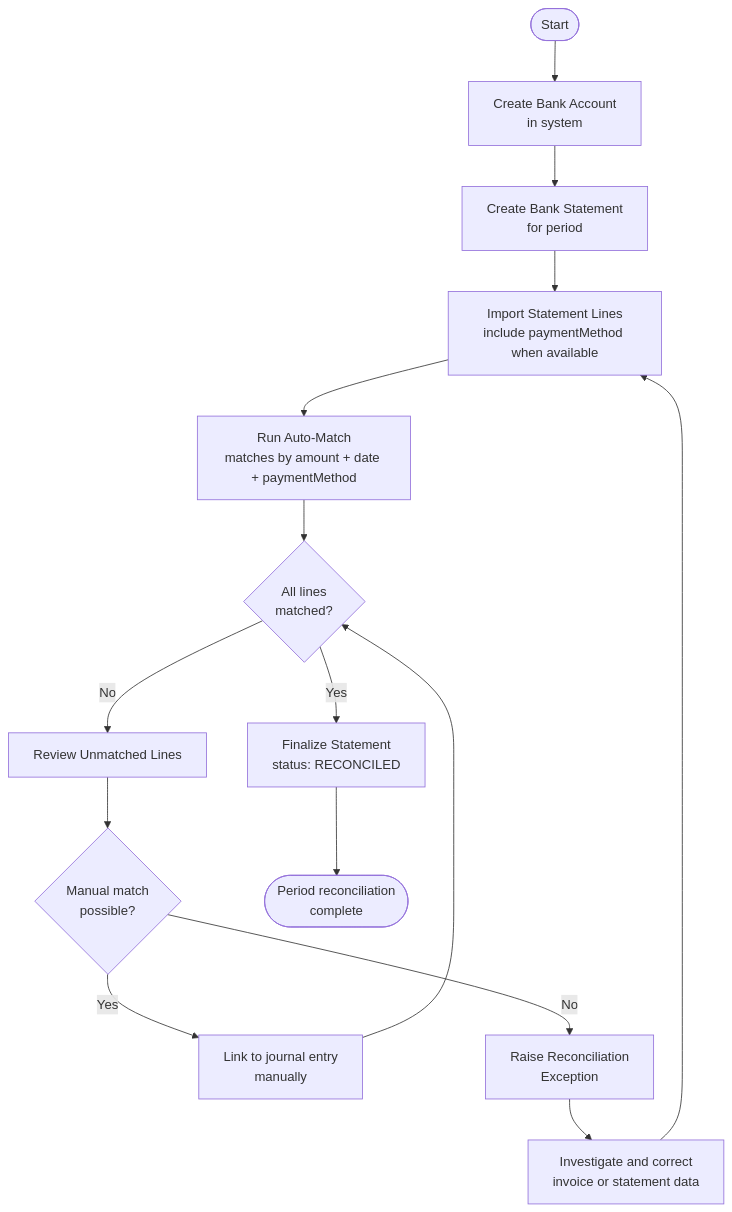
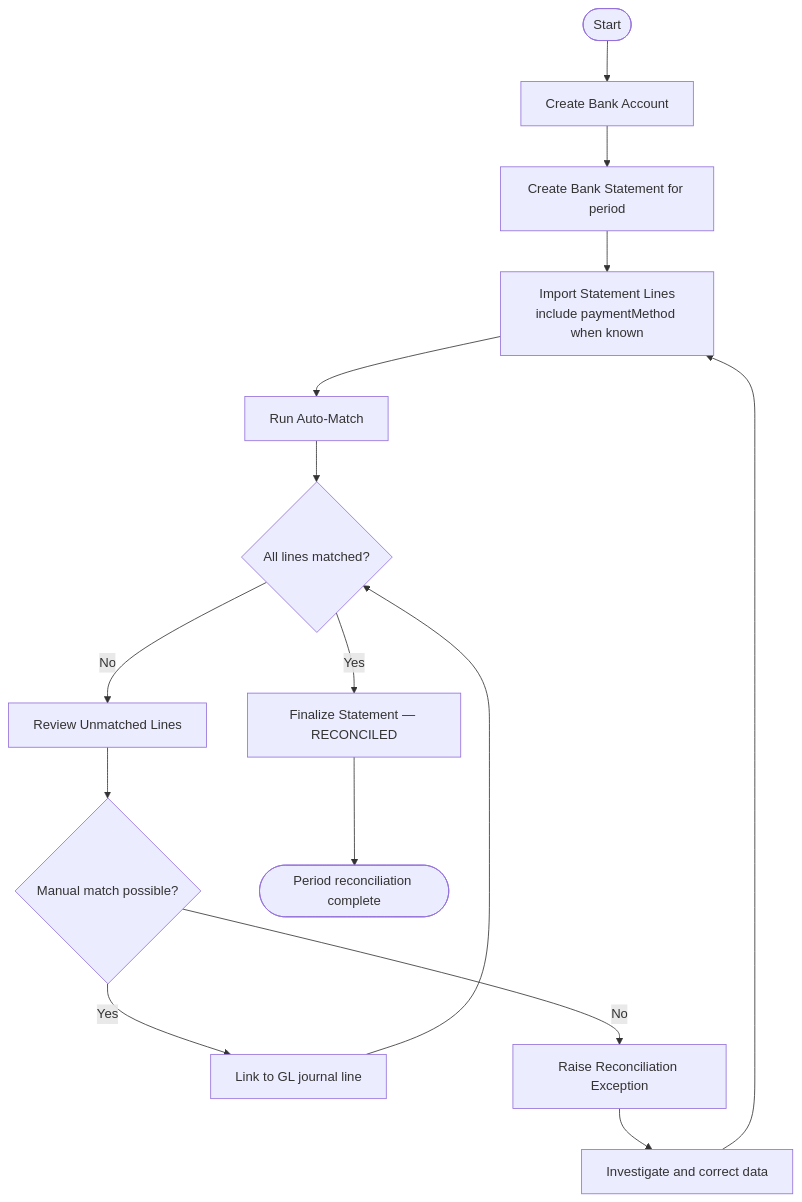
The fifth of 7 diagrams in README.md (eliudm/ERP-SYSTEM), drawn with Mermaid before and after one commit. The commit also changed other lines of this file and 31 other files, not shown here.

````diff
--- a/README.md
+++ b/README.md
@@ -189,17 +756,17 @@
 ```mermaid
 flowchart TD
-    A([Start]) --> B[Create Bank Account\nin system]
-    B --> C[Create Bank Statement\nfor period]
-    C --> D[Import Statement Lines\ninclude paymentMethod when available]
-    D --> E[Run Auto-Match\nmatches by amount + date + paymentMethod]
-    E --> F{All lines\nmatched?}
+    A([Start]) --> B[Create Bank Account]
+    B --> C[Create Bank Statement for period]
+    C --> D[Import Statement Lines\ninclude paymentMethod when known]
+    D --> E[Run Auto-Match]
+    E --> F{All lines matched?}
     F -- No --> G[Review Unmatched Lines]
-    G --> H{Manual match\npossible?}
-    H -- Yes --> I[Link to journal entry\nmanually]
+    G --> H{Manual match possible?}
+    H -- Yes --> I[Link to GL journal line]
     I --> F
-    H -- No --> J[Raise Reconciliation\nException]
-    J --> K[Investigate and correct\ninvoice or statement data]
+    H -- No --> J[Raise Reconciliation Exception]
+    J --> K[Investigate and correct data]
     K --> D
-    F -- Yes --> L[Finalize Statement\nstatus: RECONCILED]
-    L --> M([Period reconciliation\ncomplete])
+    F -- Yes --> L[Finalize Statement — RECONCILED]
+    L --> M([Period reconciliation complete])
 ```
````
